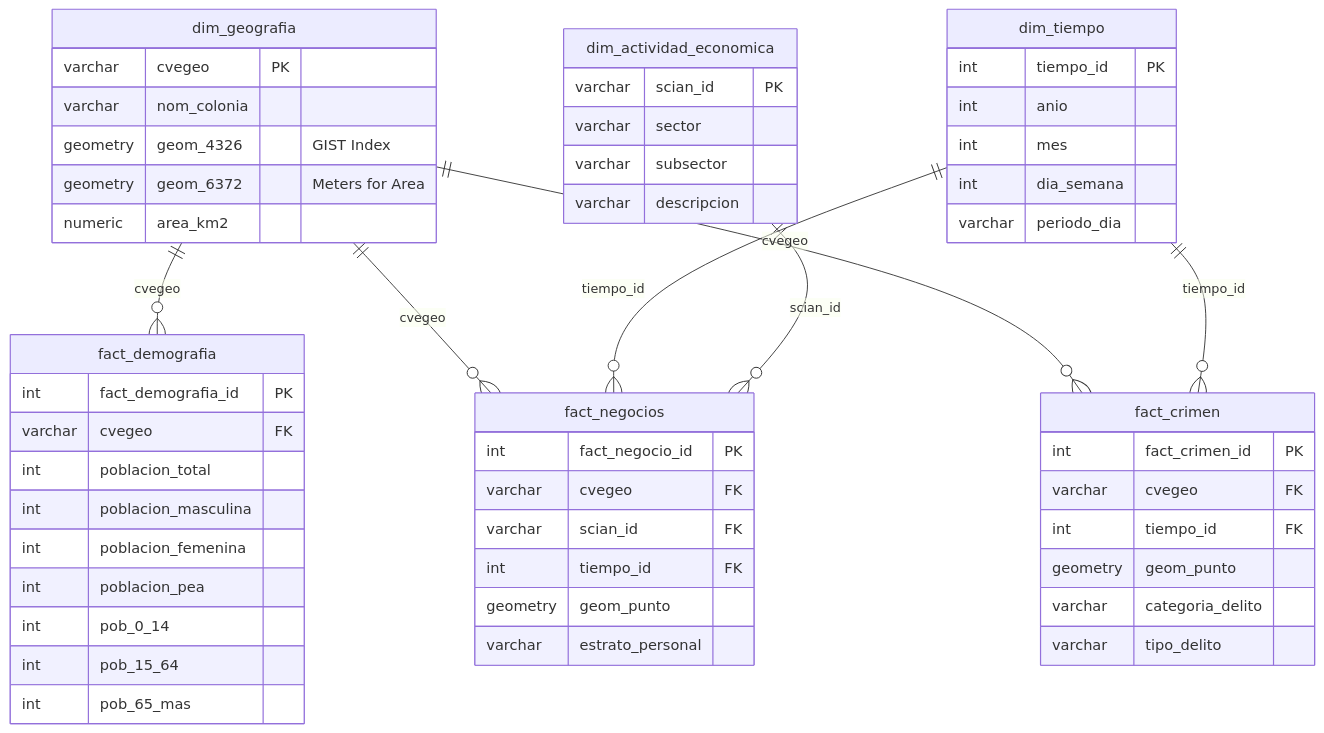
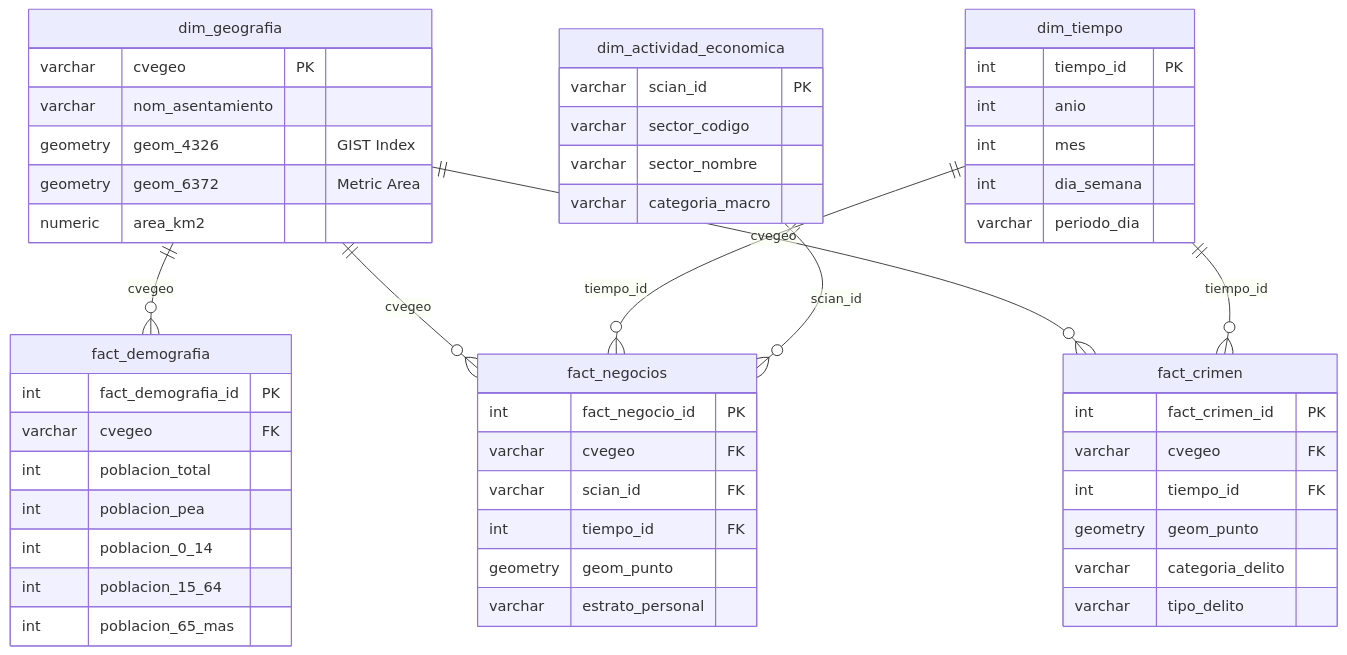
One commit to RusselKu/Merida-Urben-Intelligence-By-Sunchos-Team changed the second of 2 diagrams in README.md. Above: the diagram before and after it, drawn with Mermaid. The commit also changed other lines of this file and 17 other files, not shown here.

````diff
--- a/README.md
+++ b/README.md
@@ -97,62 +97,60 @@
 ```mermaid
 erDiagram
     dim_geografia ||--o{ fact_demografia : "cvegeo"
     dim_geografia ||--o{ fact_negocios : "cvegeo"
     dim_geografia ||--o{ fact_crimen : "cvegeo"
     dim_tiempo ||--o{ fact_crimen : "tiempo_id"
     dim_tiempo ||--o{ fact_negocios : "tiempo_id"
     dim_actividad_economica ||--o{ fact_negocios : "scian_id"
 
     dim_geografia {
         varchar cvegeo PK
-        varchar nom_colonia
+        varchar nom_asentamiento
         geometry geom_4326 "GIST Index"
-        geometry geom_6372 "Meters for Area"
+        geometry geom_6372 "Metric Area"
         numeric area_km2
     }
 
     dim_tiempo {
         int tiempo_id PK
         int anio
         int mes
         int dia_semana
         varchar periodo_dia
     }
 
     dim_actividad_economica {
         varchar scian_id PK
-        varchar sector
-        varchar subsector
-        varchar descripcion
+        varchar sector_codigo
+        varchar sector_nombre
+        varchar categoria_macro
     }
 
     fact_demografia {
         int fact_demografia_id PK
         varchar cvegeo FK
         int poblacion_total
-        int poblacion_masculina
-        int poblacion_femenina
         int poblacion_pea
-        int pob_0_14
-        int pob_15_64
-        int pob_65_mas
+        int poblacion_0_14
+        int poblacion_15_64
+        int poblacion_65_mas
     }
 
     fact_negocios {
         int fact_negocio_id PK
         varchar cvegeo FK
         varchar scian_id FK
         int tiempo_id FK
         geometry geom_punto
         varchar estrato_personal
     }
 
     fact_crimen {
         int fact_crimen_id PK
         varchar cvegeo FK
         int tiempo_id FK
         geometry geom_punto
         varchar categoria_delito
         varchar tipo_delito
     }
 ```
````
